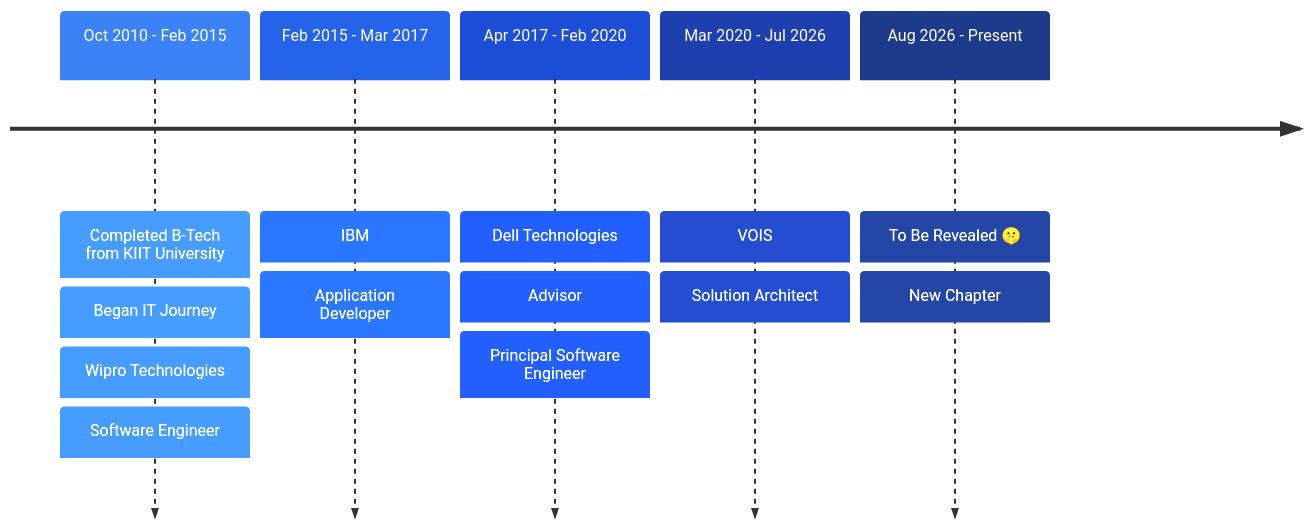
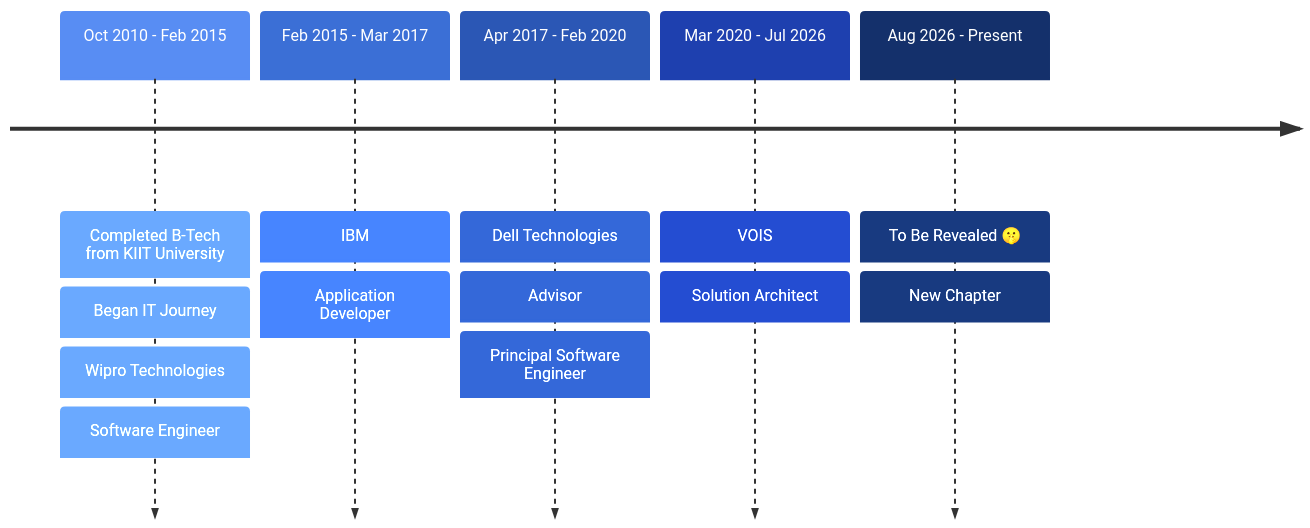
Before and after one commit to sumitsahoo/sumitsahoo: the diagram in README.md, drawn with Mermaid. The commit also changed other lines of this file, not shown here.

````diff
--- a/README.md
+++ b/README.md
@@ -103,18 +103,18 @@
 ```mermaid
 %%{init: {'theme':'base', 'themeVariables': {
-  'cScale0':'#3B82F6','cScaleLabel0':'#ffffff',
-  'cScale1':'#2563EB','cScaleLabel1':'#ffffff',
-  'cScale2':'#1D4ED8','cScaleLabel2':'#ffffff',
+  'cScale0':'#588DF3','cScaleLabel0':'#ffffff',
+  'cScale1':'#3B6FD6','cScaleLabel1':'#ffffff',
+  'cScale2':'#2B57B5','cScaleLabel2':'#ffffff',
   'cScale3':'#1E40AF','cScaleLabel3':'#ffffff',
-  'cScale4':'#1E3A8A','cScaleLabel4':'#ffffff',
-  'cScaleInv0':'#3B82F6','cScaleInv1':'#2563EB','cScaleInv2':'#1D4ED8',
-  'cScaleInv3':'#1E40AF','cScaleInv4':'#1E3A8A',
+  'cScale4':'#14306B','cScaleLabel4':'#ffffff',
+  'cScaleInv0':'#588DF3','cScaleInv1':'#3B6FD6','cScaleInv2':'#2B57B5',
+  'cScaleInv3':'#1E40AF','cScaleInv4':'#14306B',
   'lineColor':'#64748B','fontFamily':'Segoe UI, Helvetica, Arial, sans-serif'
 }}}%%
 timeline
     Oct 2010 - Feb 2015 : Completed B-Tech from KIIT University : Began IT Journey : Wipro Technologies : Software Engineer
     Feb 2015 - Mar 2017 : IBM : Application Developer
     Apr 2017 - Feb 2020 : Dell Technologies : Advisor : Principal Software Engineer
     Mar 2020 - Jul 2026 : VOIS : Solution Architect
     Aug 2026 - Present : To Be Revealed 🤫 : New Chapter
 ```
````
